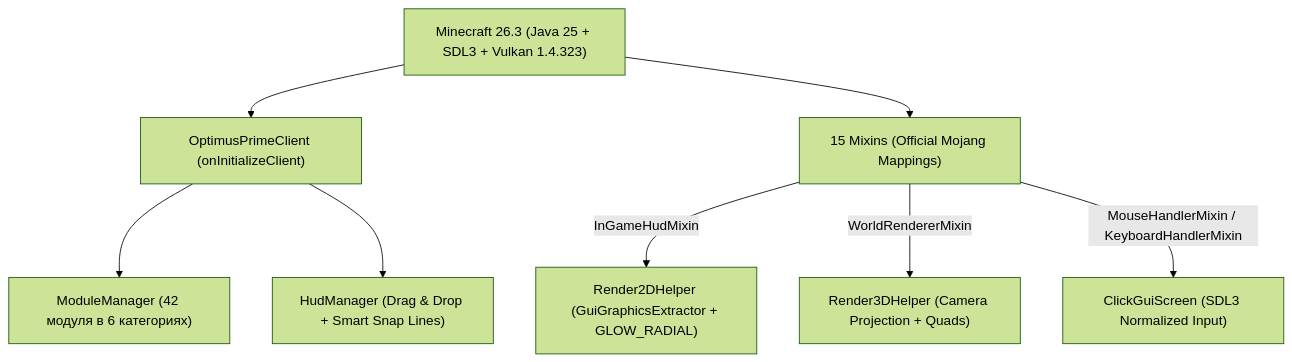
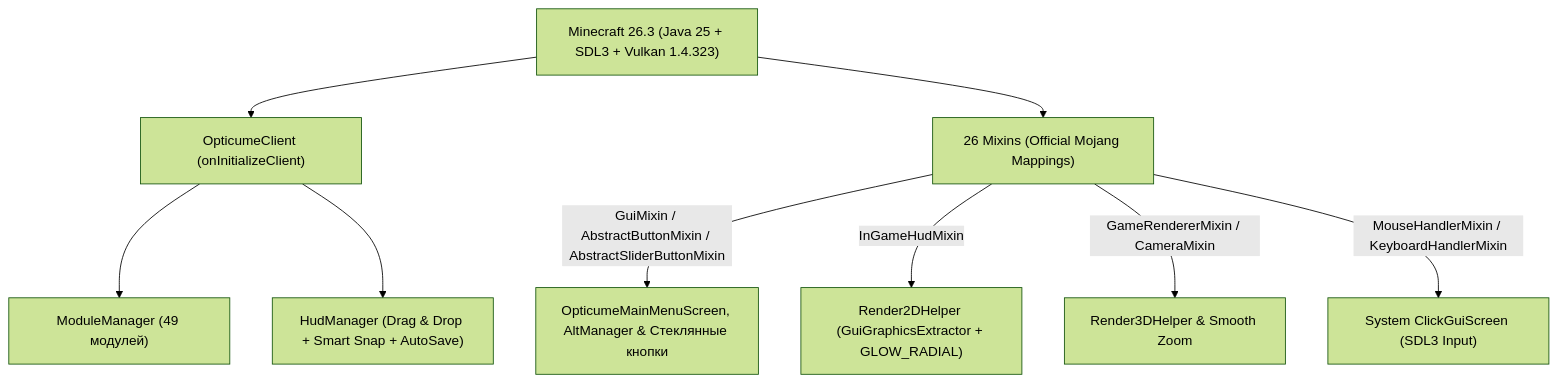
Before and after one commit to kdkdamls4-boop/OpticumeClient: the diagram in README.md, drawn with Mermaid (forest theme). The commit also changed other lines of this file and 562 other files, not shown here.

Commit message:
feat: Desire main menu, global glass buttons, offline AltManager, and System ClickGUI

````diff
--- a/README.md
+++ b/README.md
@@ -75,10 +76,11 @@
 ```mermaid
 flowchart TD
-    A["Minecraft 26.3 (Java 25 + SDL3 + Vulkan 1.4.323)"] --> B["OptimusPrimeClient (onInitializeClient)"]
-    B --> C["ModuleManager (42 модуля в 6 категориях)"]
-    B --> D["HudManager (Drag & Drop + Smart Snap Lines)"]
-    A --> E["15 Mixins (Official Mojang Mappings)"]
+    A["Minecraft 26.3 (Java 25 + SDL3 + Vulkan 1.4.323)"] --> B["OpticumeClient (onInitializeClient)"]
+    B --> C["ModuleManager (49 модулей)"]
+    B --> D["HudManager (Drag & Drop + Smart Snap + AutoSave)"]
+    A --> E["26 Mixins (Official Mojang Mappings)"]
+    E -->|"GuiMixin / AbstractButtonMixin / AbstractSliderButtonMixin"| M["OpticumeMainMenuScreen, AltManager & Стеклянные кнопки"]
     E -->|"InGameHudMixin"| F["Render2DHelper (GuiGraphicsExtractor + GLOW_RADIAL)"]
-    E -->|"WorldRendererMixin"| G["Render3DHelper (Camera Projection + Quads)"]
-    E -->|"MouseHandlerMixin / KeyboardHandlerMixin"| H["ClickGuiScreen (SDL3 Normalized Input)"]
+    E -->|"GameRendererMixin / CameraMixin"| G["Render3DHelper & Smooth Zoom"]
+    E -->|"MouseHandlerMixin / KeyboardHandlerMixin"| H["System ClickGuiScreen (SDL3 Input)"]
 ```
````
